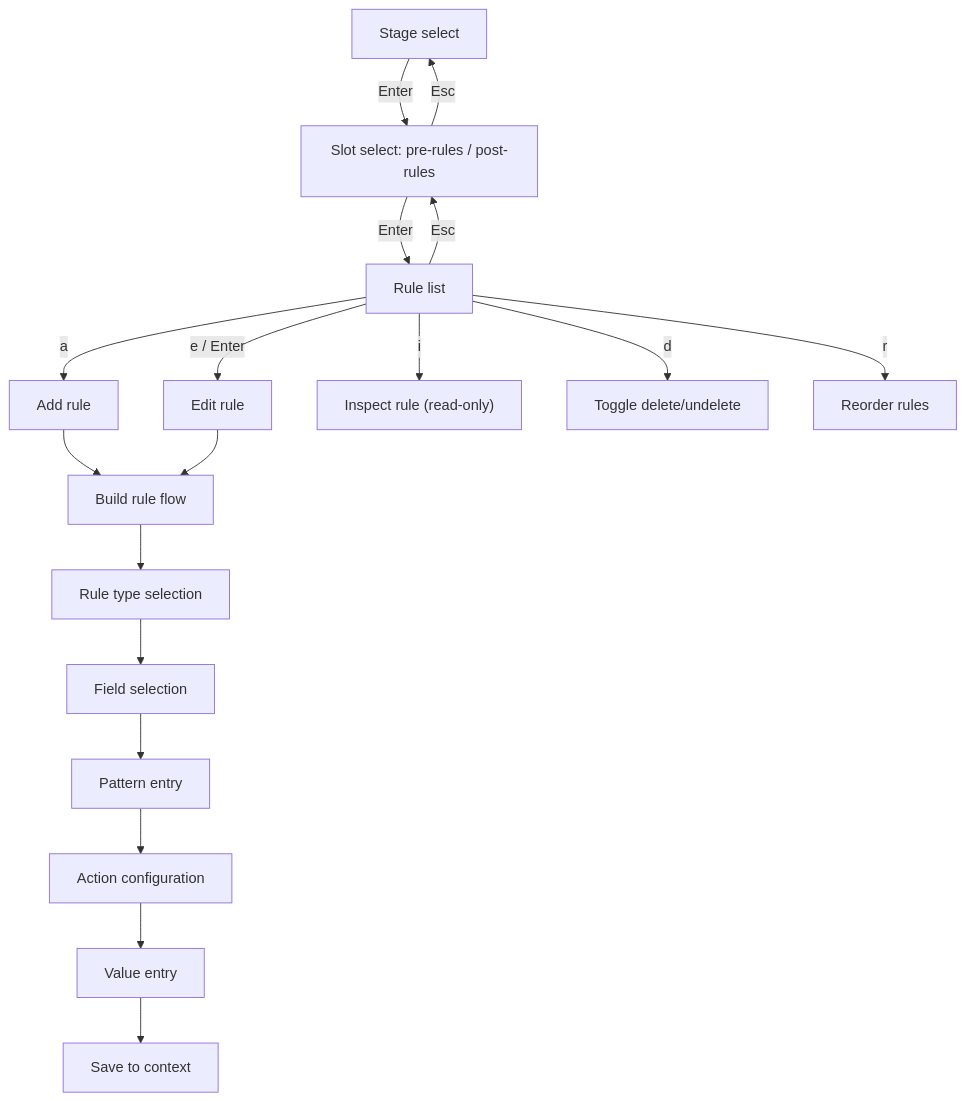
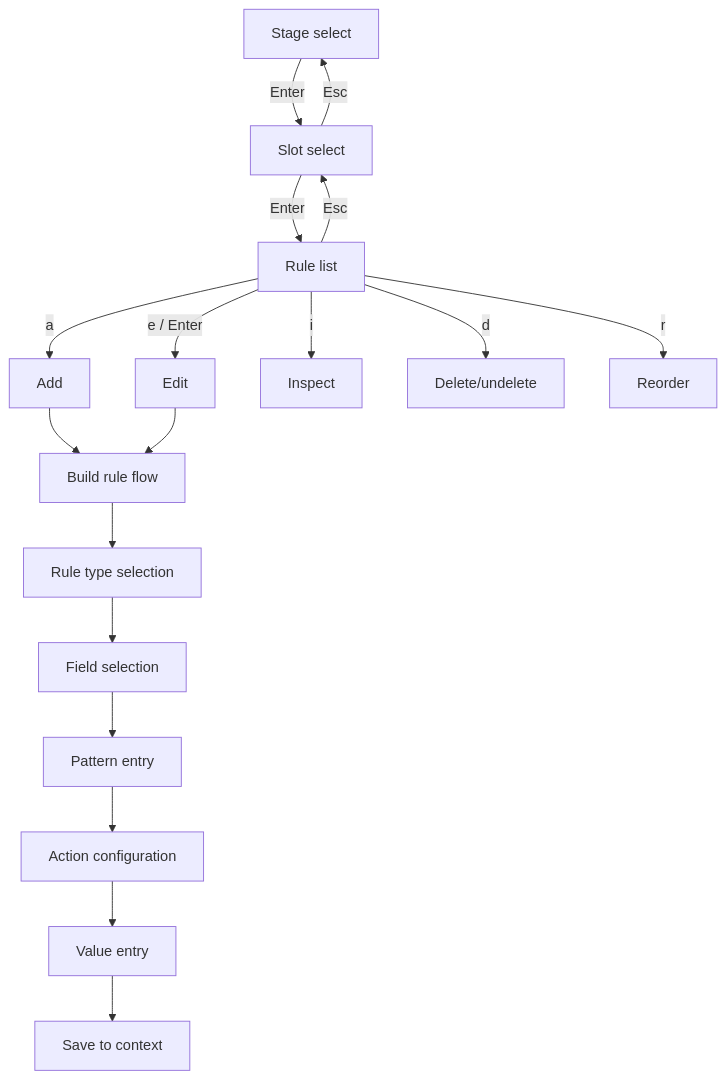
The third of 3 diagrams in docs/architecture/cli-commands.md (josephquigley/piqley-cli), drawn with Mermaid before and after one commit. The commit also changed other lines of this file and 4 other files, not shown here.

First line of the commit message:
fix: shorten mermaid diagram labels to prevent clipping

````diff
--- a/docs/architecture/cli-commands.md
+++ b/docs/architecture/cli-commands.md
@@ -202,22 +202,22 @@
 ```mermaid
 flowchart TD
-    S["Stage select"] -->|Enter| SL["Slot select: pre-rules / post-rules"]
+    S["Stage select"] -->|Enter| SL["Slot select"]
     SL -->|Enter| RL["Rule list"]
-    RL -->|a| ADD["Add rule"]
-    RL -->|e / Enter| EDIT["Edit rule"]
-    RL -->|i| INSPECT["Inspect rule (read-only)"]
-    RL -->|d| DEL["Toggle delete/undelete"]
-    RL -->|r| REORDER["Reorder rules"]
+    RL -->|a| ADD["Add"]
+    RL -->|e / Enter| EDIT["Edit"]
+    RL -->|i| INSPECT["Inspect"]
+    RL -->|d| DEL["Delete/undelete"]
+    RL -->|r| REORDER["Reorder"]
     RL -->|Esc| SL
     SL -->|Esc| S
 
     ADD --> BUILD["Build rule flow"]
     EDIT --> BUILD
 
     BUILD --> RT["Rule type selection"]
     RT --> FS["Field selection"]
     FS --> PE["Pattern entry"]
     PE --> AC["Action configuration"]
     AC --> VE["Value entry"]
     VE --> SAVE["Save to context"]
 ```
````
